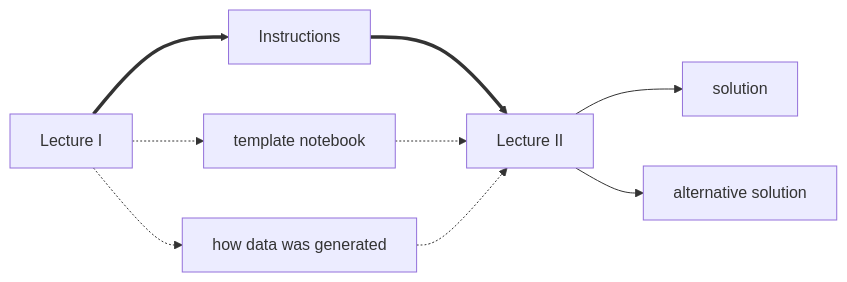
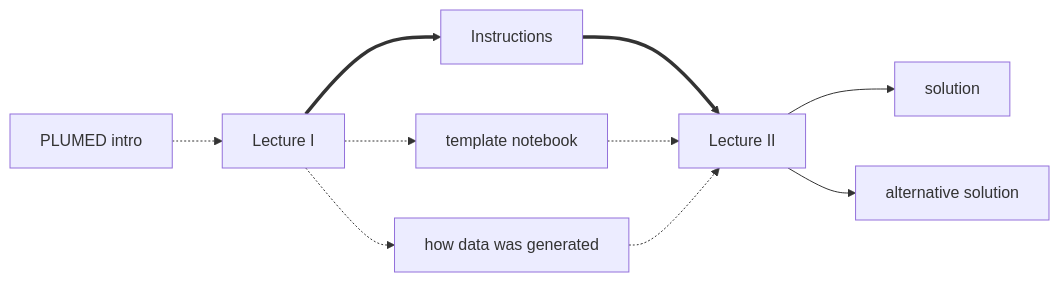
One commit to plumed/masterclass-21-2 changed the diagram in NAVIGATION.md. Above: the diagram before and after it, drawn with Mermaid. The commit also changed 1 other file, not shown here.

Commit message:
Added reference to earlier masterclass in graph

````diff
--- a/NAVIGATION.md
+++ b/NAVIGATION.md
@@ -13,18 +13,20 @@
 ```mermaid
 flowchart LR;
-  A[Lecture I] ==> B[Instructions];
+  H[PLUMED intro] -.-> A[Lecture I] 
+  A ==> B[Instructions];
   A -.-> G[how data was generated];
   A -.-> C[template notebook];
   B ==> D[Lecture II];
   C -.-> D;
   G -.-> D;
   D --> E[solution];
   D --> F[alternative solution];
+  click H "ref1" "This elementary lesson shows you how to install PLUMED and some basic and more advanced syntax. You will only need to complete up to exercise 1 of this earlier lesson to complete these exercises on statistical errors.";
   click A "video1" "A lecture that was given on February 1st 2021 as part of the plumed masterclass series that introduces you to the exercises in this lesson";
   click B "INSTRUCTIONS.md" "The instructions for the exercises";
   click G "notebooks/gendata.ipynb" "A python notebook that shows how the data sets in the files uncorrelated_data, correlated_data and weighted data that are all used in the exericses was generated";
   click C "notebooks/template.ipynb" "A python notebook file that explains how you can work on the exercises from a python notebook.  Advice on running PLUMED from a notebook and on plotting the data that is generated is given.";
   click D "video2" "A lecture that was given on February 8th 2021 as part of the plumed masterclass series that goes through the solutions to the exercises in the lesson";
   click E "notebooks/solution.ipynb" "A python notebook file that provides a complete set of solutions to the exercises";
   click F "notebooks/answers_notebook.ipynb" "A second python notebook file that contains solutions to the exercises.  In this notebook a different method has been used to generate the figures showing the final free energy surfaces.";
 ```
````
